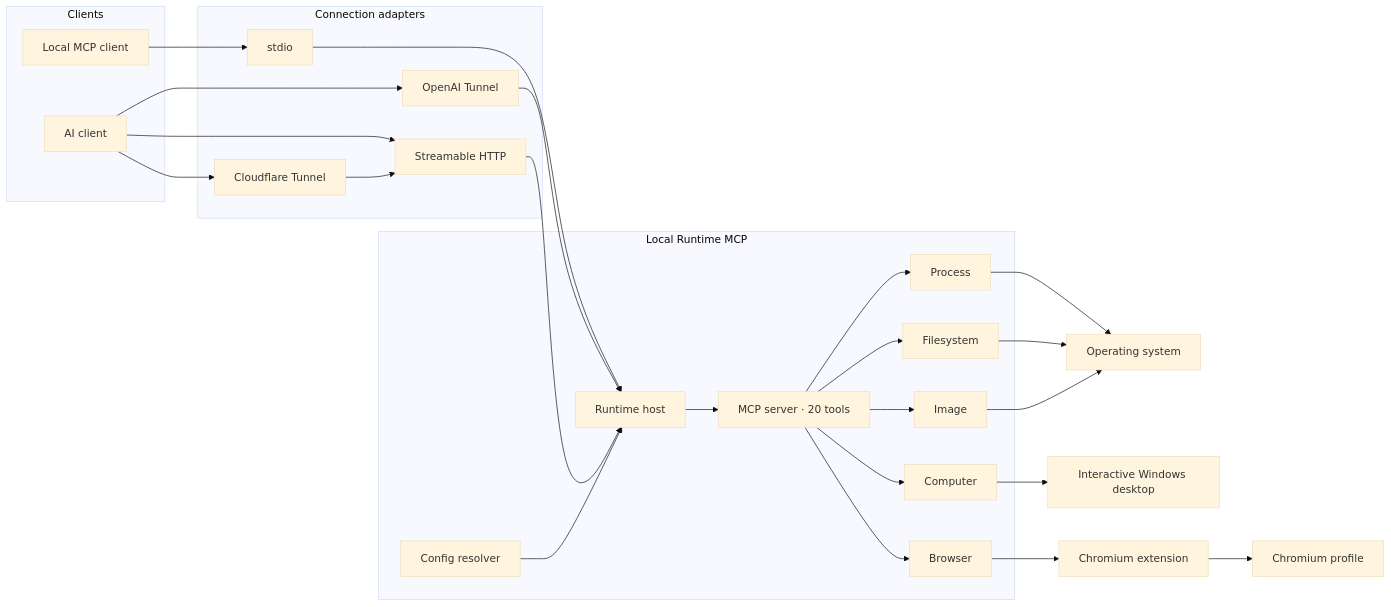
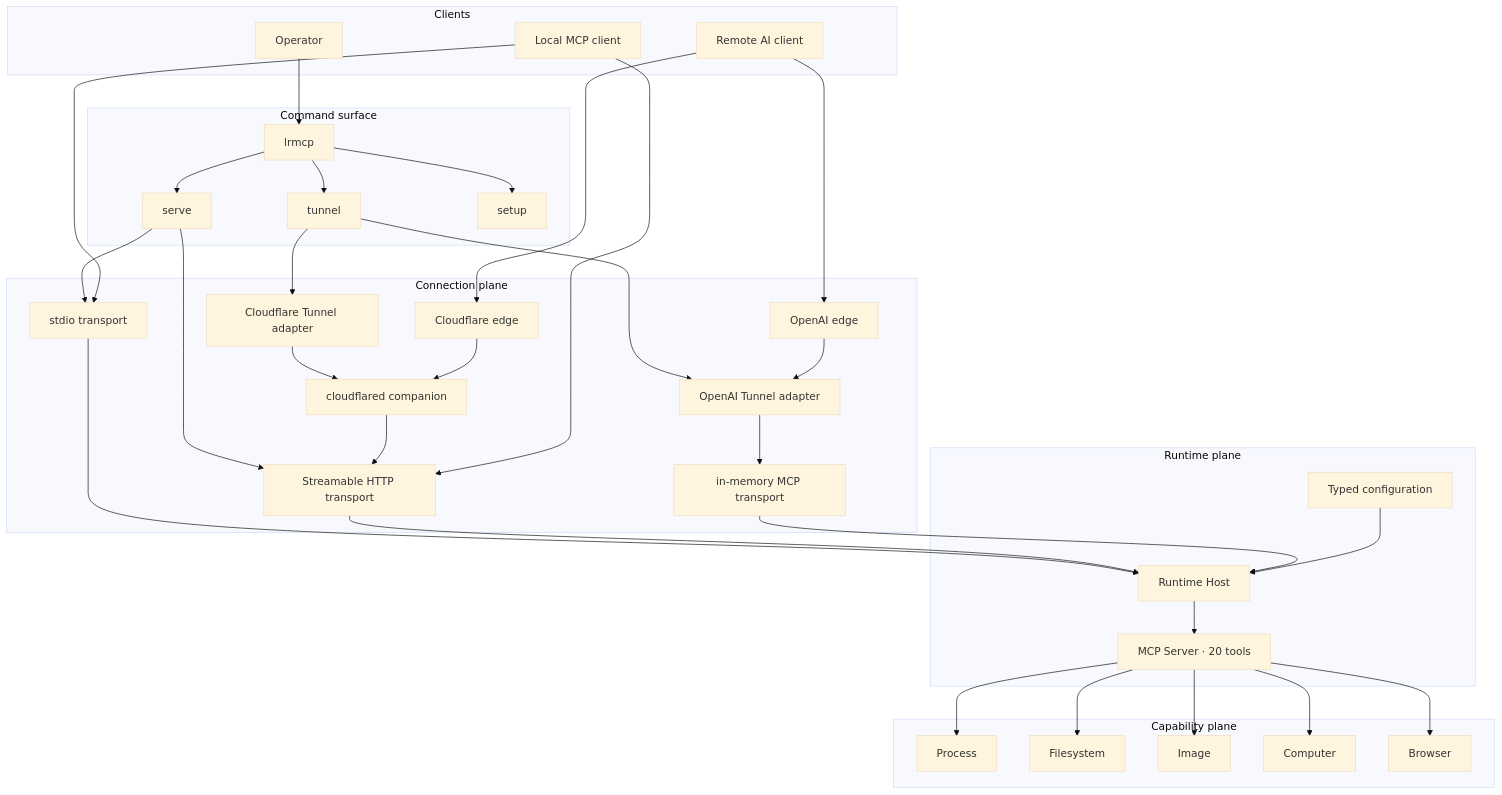
The first of 7 diagrams in README.md (hicancan/local-runtime-mcp), drawn with Mermaid (base theme) before and after one commit. The commit also changed other lines of this file and 21 other files, not shown here.

Commit message:
refactor: unify connection command model

````diff
--- a/README.md
+++ b/README.md
@@ -26,48 +31,70 @@
 ```mermaid
-flowchart LR
-    subgraph Clients
-        A[AI client]
-        S[Local MCP client]
+flowchart TB
+    subgraph Clients[Clients]
+		OP[Operator]
+        LOCAL[Local MCP client]
+        REMOTE[Remote AI client]
     end
 
-    subgraph Connections[Connection adapters]
-        STDIO[stdio]
-        OAI[OpenAI Tunnel]
-        HTTP[Streamable HTTP]
-        CF[Cloudflare Tunnel]
+    subgraph Commands[Command surface]
+        CLI[lrmcp]
+        SERVE[serve]
+        TUNNEL[tunnel]
+        SETUP[setup]
     end
 
-    subgraph Runtime[Local Runtime MCP]
-        CFG[Config resolver]
-        HOST[Runtime host]
-        MCP[MCP server · 20 tools]
+    subgraph Connection[Connection plane]
+        STDIO[stdio transport]
+        HTTP[Streamable HTTP transport]
+        OAI[OpenAI Tunnel adapter]
+        CF[Cloudflare Tunnel adapter]
+        OAIE[OpenAI edge]
+        CFE[Cloudflare edge]
+        CFD[cloudflared companion]
+        MEMORY[in-memory MCP transport]
+    end
+
+    subgraph Runtime[Runtime plane]
+        CFG[Typed configuration]
+        HOST[Runtime Host]
+        MCP[MCP Server · 20 tools]
+    end
+
+    subgraph Capabilities[Capability plane]
         P[Process]
         F[Filesystem]
         I[Image]
         C[Computer]
         B[Browser]
     end
 
-    S --> STDIO
-    A --> OAI
-    A --> CF
-    A --> HTTP
-    CF --> HTTP
+    OP --> CLI
+    CLI --> SERVE
+    CLI --> TUNNEL
+    CLI --> SETUP
+
+    SERVE --> STDIO
+    SERVE --> HTTP
+    TUNNEL --> OAI
+    TUNNEL --> CF
+    OAI --> MEMORY
+    CF --> CFD
+    CFD --> HTTP
+	REMOTE --> OAIE
+	OAIE --> OAI
+	REMOTE --> CFE
+	CFE --> CFD
+	LOCAL --> STDIO
+	LOCAL --> HTTP
+
     STDIO --> HOST
-    OAI --> HOST
     HTTP --> HOST
+    MEMORY --> HOST
     CFG --> HOST
     HOST --> MCP
     MCP --> P
     MCP --> F
     MCP --> I
     MCP --> C
     MCP --> B
-
-    P --> OS[Operating system]
-    F --> OS
-    I --> OS
-    C --> WIN[Interactive Windows desktop]
-    B --> EXT[Chromium extension]
-    EXT --> CHROME[Chromium profile]
 ```
````
